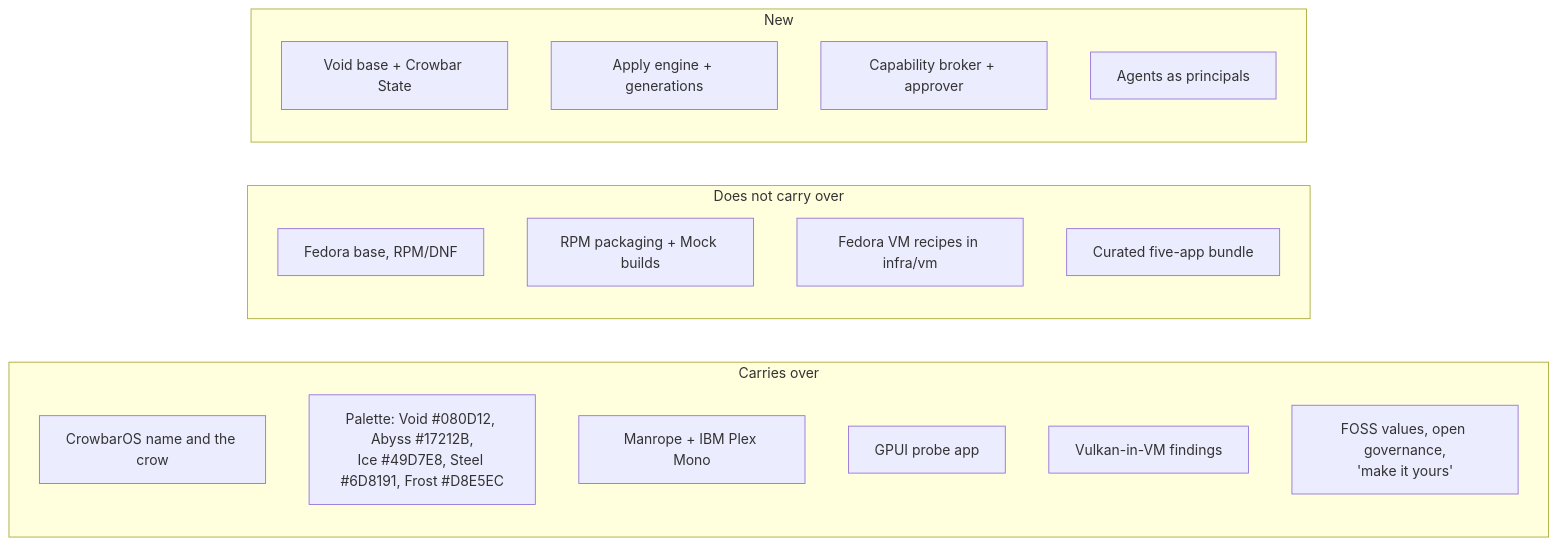
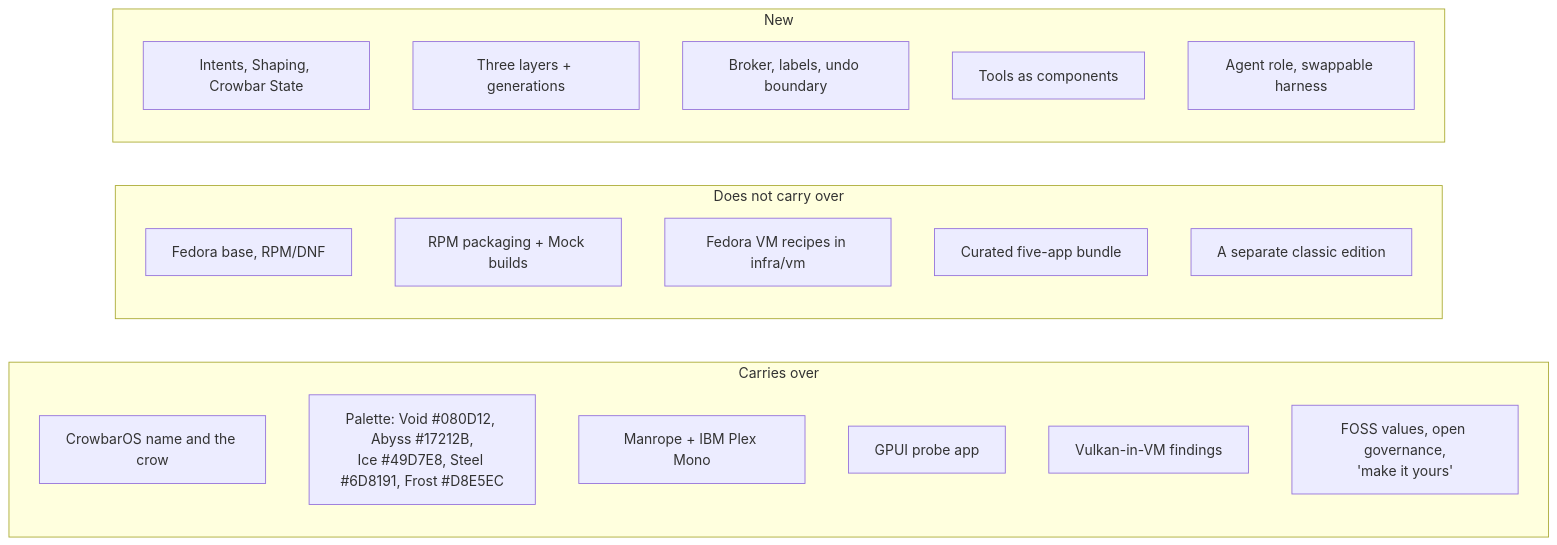
Before and after one commit to crowbaros/crowbaros: the fourth of 5 diagrams in docs/agent-first/VISION.md, drawn with Mermaid. The commit also changed other lines of this file and 14 other files, not shown here.

````diff
--- a/docs/agent-first/VISION.md
+++ b/docs/agent-first/VISION.md
@@ -184,23 +334,25 @@
 ```mermaid
 flowchart LR
     subgraph KEEP["Carries over"]
         k1[CrowbarOS name and the crow]
         k2["Palette: Void #080D12, Abyss #17212B,<br/>Ice #49D7E8, Steel #6D8191, Frost #D8E5EC"]
         k3[Manrope + IBM Plex Mono]
         k4[GPUI probe app]
         k5[Vulkan-in-VM findings]
         k6[FOSS values, open governance,<br/>'make it yours']
     end
     subgraph DROP["Does not carry over"]
         d1[Fedora base, RPM/DNF]
         d2[RPM packaging + Mock builds]
         d3[Fedora VM recipes in infra/vm]
         d4[Curated five-app bundle]
+        d5[A separate classic edition]
     end
     subgraph NEWX["New"]
-        n1[Void base + Crowbar State]
-        n2[Apply engine + generations]
-        n3[Capability broker + approver]
-        n4[Agents as principals]
+        n1[Intents, Shaping, Crowbar State]
+        n2[Three layers + generations]
+        n3[Broker, labels, undo boundary]
+        n4[Tools as components]
+        n5[Agent role, swappable harness]
     end
 ```
````
